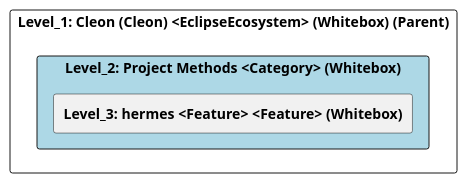
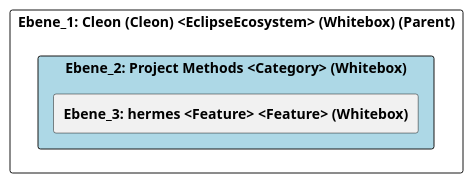
The diagram in doc/cleonproject_deliverables_architecture_model_architecture/adoc/de/05_bausteinsicht/cleon/project_methods/ebene_2_project methods.adoc (marcozwyssig/cleon), drawn with PlantUML before and after one commit. The commit also changed other lines of this file and 258 other files, not shown here.

```diff
--- a/doc/cleonproject_deliverables_architecture_model_architecture/adoc/de/05_bausteinsicht/cleon/project_methods/ebene_2_project methods.adoc
+++ b/doc/cleonproject_deliverables_architecture_model_architecture/adoc/de/05_bausteinsicht/cleon/project_methods/ebene_2_project methods.adoc
@@ -24,24 +24,24 @@
-[plantuml, Level_2: Project Methods <Category> (Whitebox)BlockOverview, format="svg"]
+[plantuml, Ebene_2: Project Methods <Category> (Whitebox)BlockOverview, format="svg"]
 ----
-@startuml Level_2: Project Methods <Category> (Whitebox)BuildingBlockOverview
+@startuml Ebene_2: Project Methods <Category> (Whitebox)BuildingBlockOverview
 
 skinparam ranksep 10
 skinparam componentStyle rectangle
 skinparam shadowing false
 skinparam arrowColor lightblue
 skinparam arrowThickness 1.2
 skinparam rectangle {
   BackgroundColor White
   BorderColor #333
   RoundCorner 10
 }
 top to bottom direction
 
-component "Level_1: Cleon (Cleon) <EclipseEcosystem> (Whitebox) (Parent)" {
-    component "Level_2: Project Methods <Category> (Whitebox)" #lightblue {
-        [**Level_3: hermes <Feature> <Feature> (Whitebox)**] as 4905A652_D579_11EE_903E_9F564E4DE07E
+component "Ebene_1: Cleon (Cleon) <EclipseEcosystem> (Whitebox) (Parent)" {
+    component "Ebene_2: Project Methods <Category> (Whitebox)" #lightblue {
+        [**Ebene_3: hermes <Feature> <Feature> (Whitebox)**] as 4905A652_D579_11EE_903E_9F564E4DE07E
     }
 }
 
 @enduml
 ----
```
